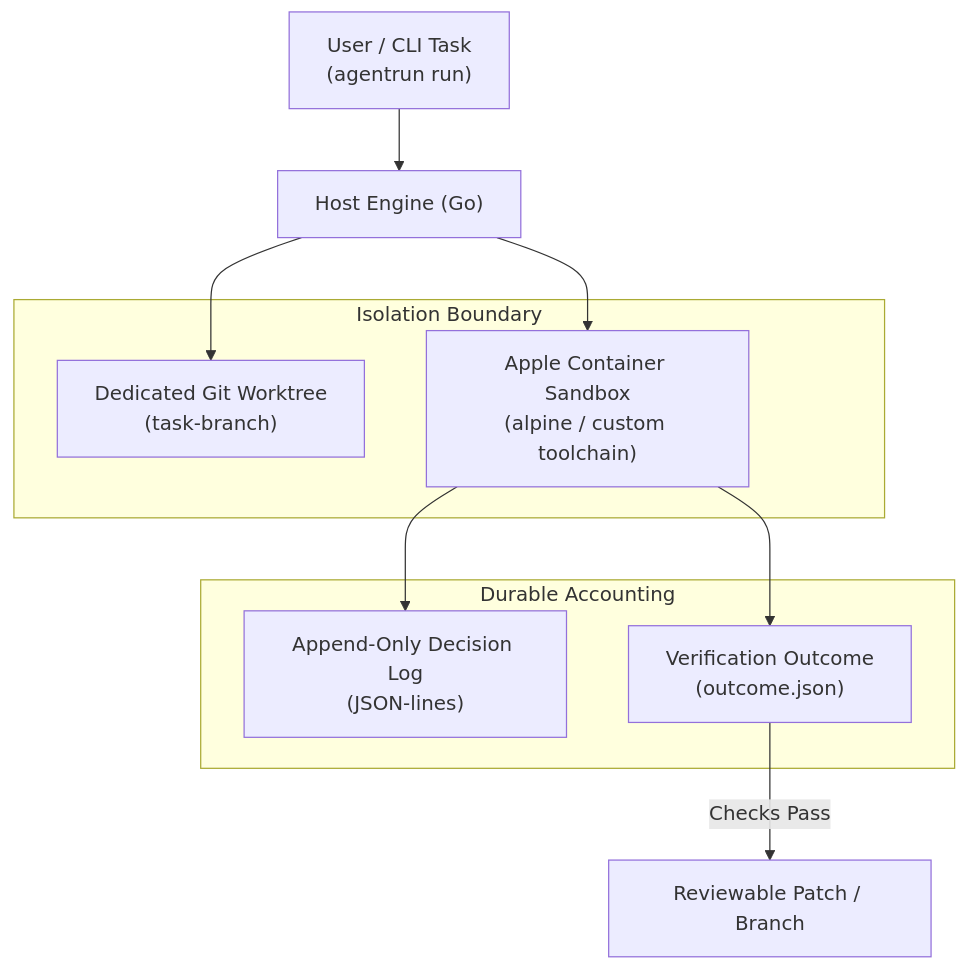
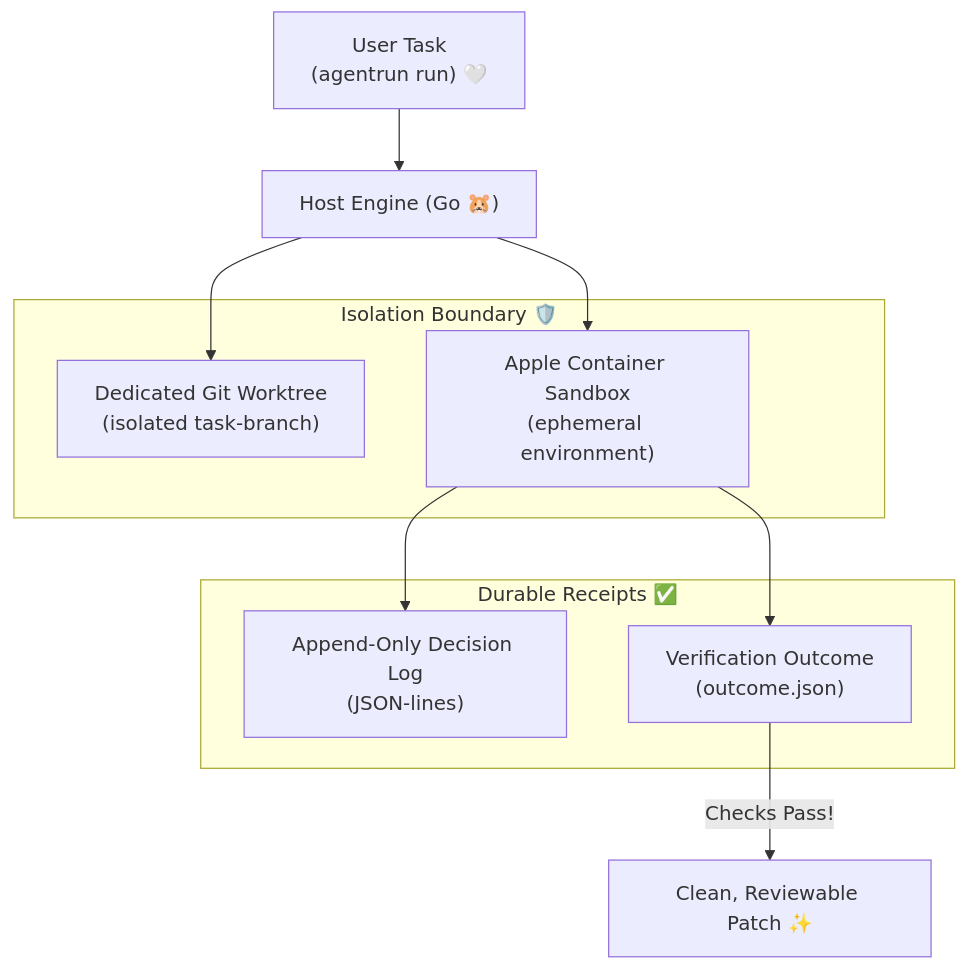
One commit to abhiudayg/abhiudayg changed the diagram in src/content/blog/agentrun-isolated-coding-agent-runtimes.md. Above: the diagram before and after it, drawn with Mermaid. The commit also changed other lines of this file and 12 other files, not shown here.

````diff
--- a/src/content/blog/agentrun-isolated-coding-agent-runtimes.md
+++ b/src/content/blog/agentrun-isolated-coding-agent-runtimes.md
@@ -30,22 +35,22 @@
 ```mermaid
 flowchart TD
-  user["User / CLI Task\n(agentrun run)"]
-  host["Host Engine (Go)"]
+  user["User Task\n(agentrun run) 🤍"]
+  host["Host Engine (Go 🐹)"]
   
-  subgraph isolation["Isolation Boundary"]
-    worktree["Dedicated Git Worktree\n(task-branch)"]
-    container["Apple Container Sandbox\n(alpine / custom toolchain)"]
+  subgraph isolation["Isolation Boundary 🛡️"]
+    worktree["Dedicated Git Worktree\n(isolated task-branch)"]
+    container["Apple Container Sandbox\n(ephemeral environment)"]
   end
 
-  subgraph telemetry["Durable Accounting"]
+  subgraph telemetry["Durable Receipts ✅"]
     declog["Append-Only Decision Log\n(JSON-lines)"]
     outcome["Verification Outcome\n(outcome.json)"]
   end
 
   user --> host
   host --> worktree
   host --> container
   container --> declog
   container --> outcome
-  outcome -->|Checks Pass| patch["Reviewable Patch / Branch"]
+  outcome -->|Checks Pass!| patch["Clean, Reviewable Patch ✨"]
 ```
````
